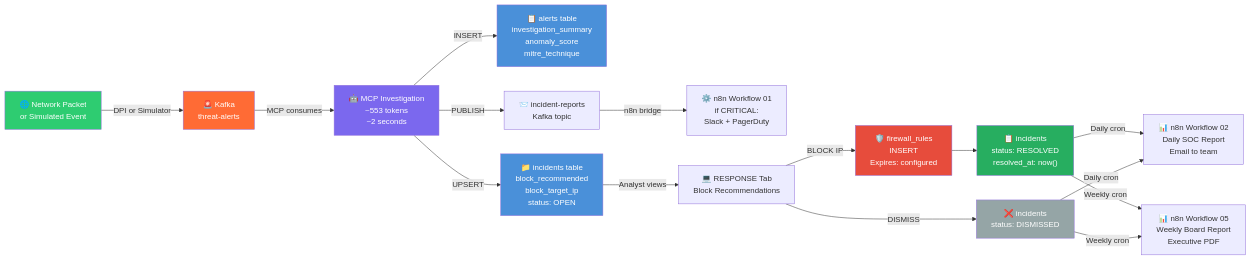
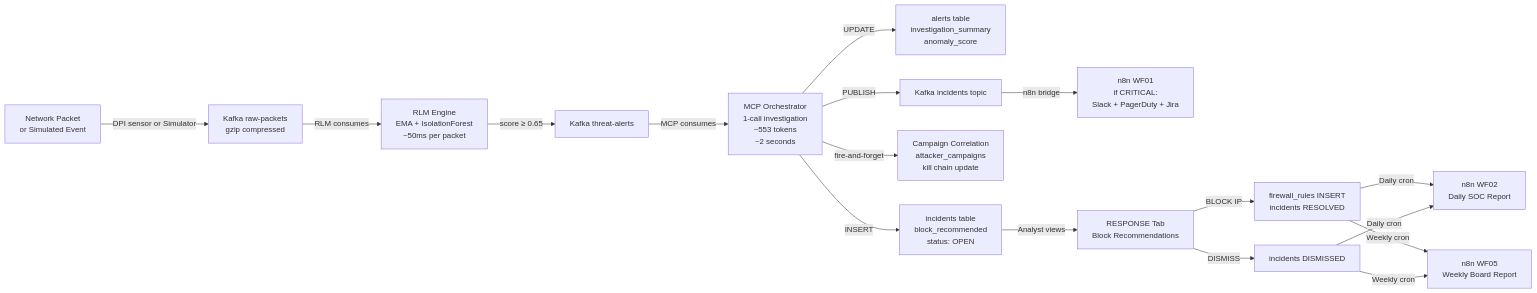
Before and after one commit to Skarthik06/cybersentinel-ai: diagram 17 of 21 in docs/MASTER.md, drawn with Mermaid. The commit also changed other lines of this file and 50 other files, not shown here.

````diff
--- a/docs/MASTER.md
+++ b/docs/MASTER.md
@@ -1214,35 +1108,29 @@
 ```mermaid
 flowchart LR
-    A["🌐 Network Packet\nor Simulated Event"]
-    -->|DPI or Simulator| B["🚨 Kafka\nthreat-alerts"]
+    A[Network Packet\nor Simulated Event]
+    -->|DPI sensor or Simulator| B[Kafka raw-packets\ngzip compressed]
 
-    B -->|MCP consumes| C["🤖 MCP Investigation\n~553 tokens\n~2 seconds"]
+    B -->|RLM consumes| C[RLM Engine\nEMA + IsolationForest\n~50ms per packet]
 
-    C -->|INSERT| D["📋 alerts table\ninvestigation_summary\nanomaly_score\nmitre_technique"]
+    C -->|score ≥ 0.65| D[Kafka threat-alerts]
 
-    C -->|UPSERT| E["📁 incidents table\nblock_recommended\nblock_target_ip\nstatus: OPEN"]
+    D -->|MCP consumes| E[MCP Orchestrator\n1-call investigation\n~553 tokens\n~2 seconds]
 
-    C -->|PUBLISH| F["📨 incident-reports\nKafka topic"]
+    E -->|UPDATE| F[alerts table\ninvestigation_summary\nanomaly_score]
 
-    F -->|n8n bridge| G["⚙️ n8n Workflow 01\nif CRITICAL:\nSlack + PagerDuty"]
+    E -->|INSERT| G[incidents table\nblock_recommended\nstatus: OPEN]
 
-    E -->|Analyst views| H["💻 RESPONSE Tab\nBlock Recommendations"]
+    E -->|fire-and-forget| H[Campaign Correlation\nattacker_campaigns\nkill chain update]
 
-    H -->|BLOCK IP| I["🛡️ firewall_rules\nINSERT\nExpires: configured"]
-    H -->|DISMISS| J["❌ incidents\nstatus: DISMISSED"]
+    E -->|PUBLISH| I[Kafka incidents topic]
 
-    I --> K["📋 incidents\nstatus: RESOLVED\nresolved_at: now()"]
+    I -->|n8n bridge| J[n8n WF01\nif CRITICAL:\nSlack + PagerDuty + Jira]
 
-    K & J -->|Daily cron| L["📊 n8n Workflow 02\nDaily SOC Report\nEmail to team"]
+    G -->|Analyst views| K[RESPONSE Tab\nBlock Recommendations]
 
-    K & J -->|Weekly cron| M["📊 n8n Workflow 05\nWeekly Board Report\nExecutive PDF"]
+    K -->|BLOCK IP| L[firewall_rules INSERT\nincidents RESOLVED]
+    K -->|DISMISS| M[incidents DISMISSED]
 
-    style A fill:#2ecc71,color:#fff
-    style B fill:#ff6b35,color:#fff
-    style C fill:#7b68ee,color:#fff
-    style D fill:#4a90d9,color:#fff
-    style E fill:#4a90d9,color:#fff
-    style I fill:#e74c3c,color:#fff
-    style J fill:#95a5a6,color:#fff
-    style K fill:#27ae60,color:#fff
+    L & M -->|Daily cron| N[n8n WF02\nDaily SOC Report]
+    L & M -->|Weekly cron| O[n8n WF05\nWeekly Board Report]
 ```
````
